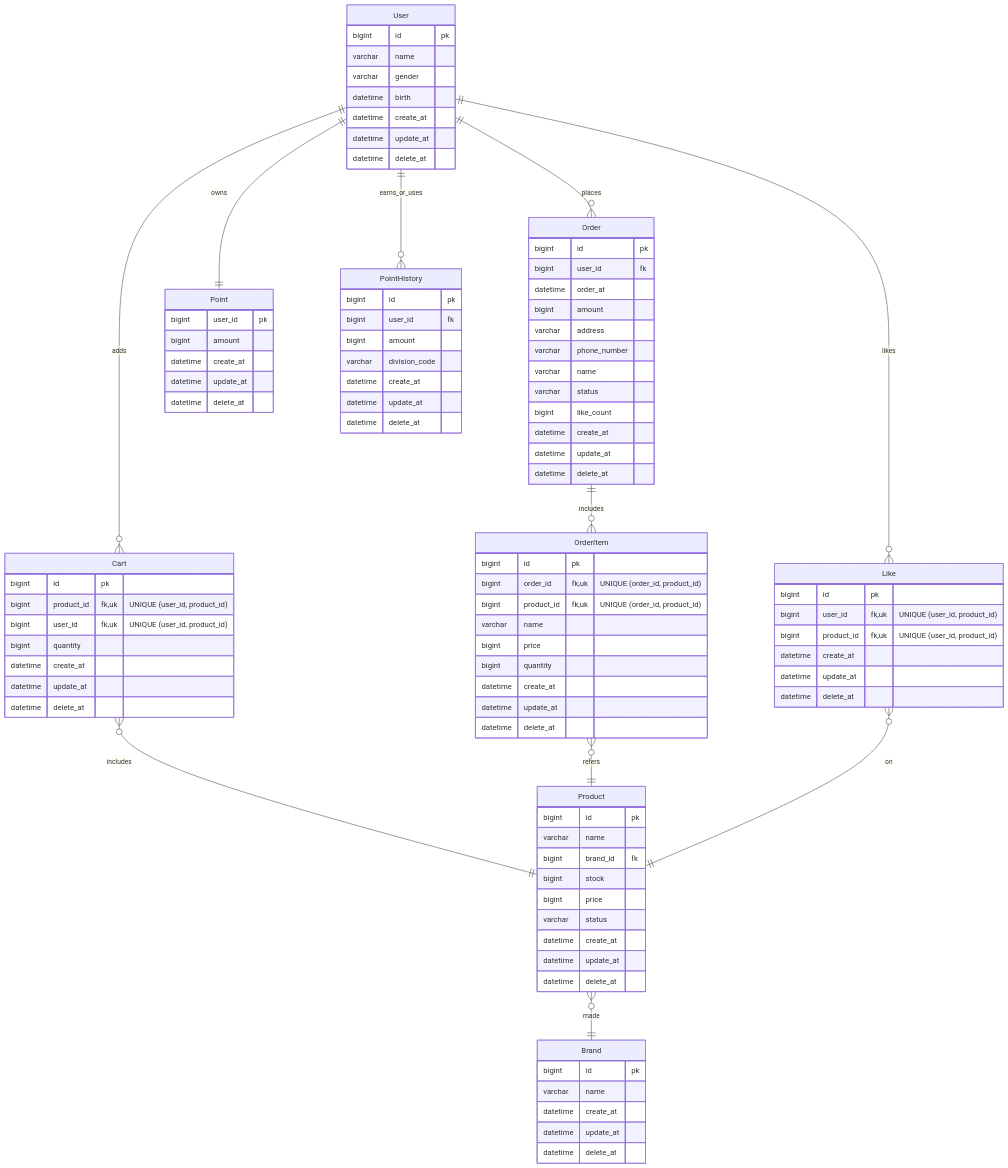
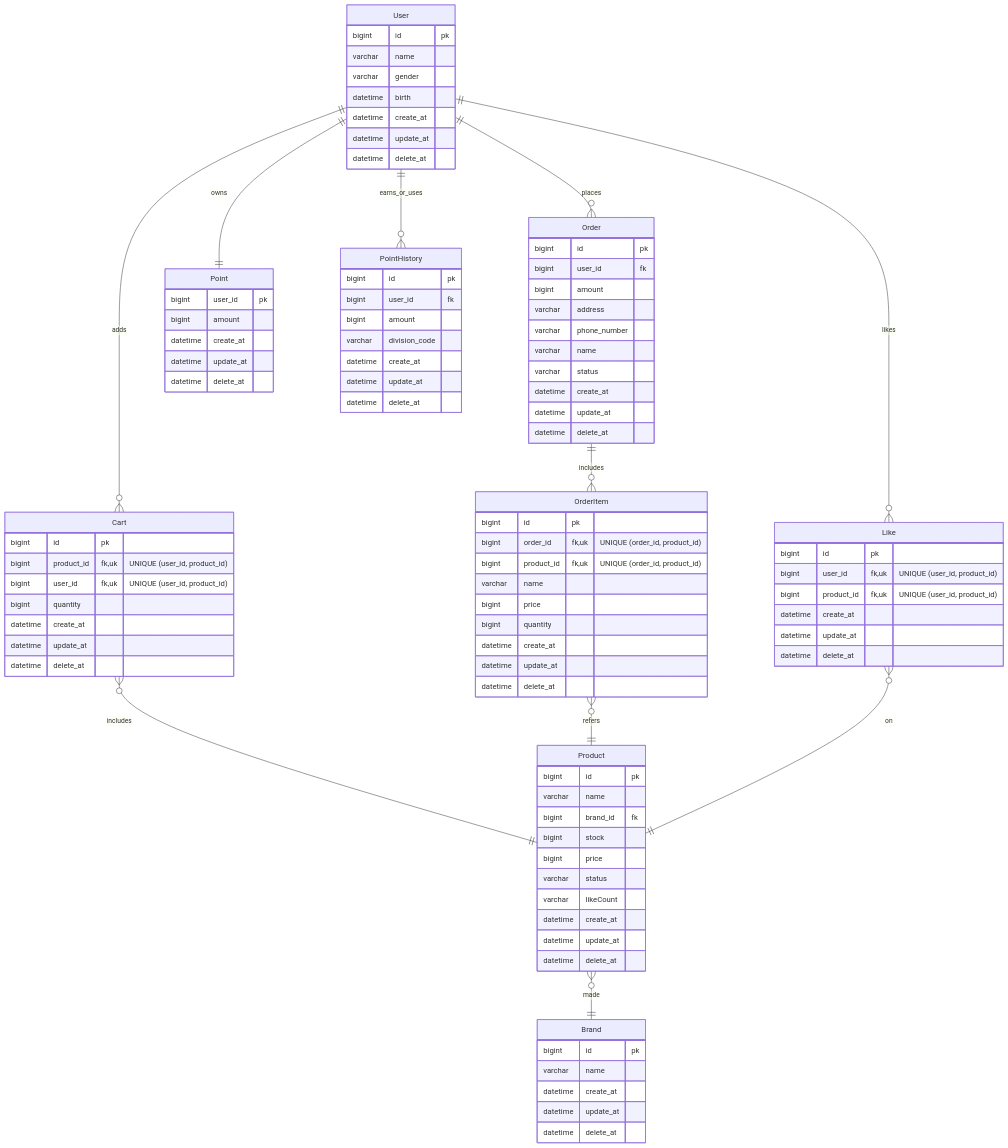
Before and after one commit to simbokyung98/loopers-ecommerce-system: the diagram in docs/design/04-erd.md, drawn with Mermaid.

Commit message:
docs : erd likeCount 위치 상품으로 수정

```diff
--- a/docs/design/04-erd.md
+++ b/docs/design/04-erd.md
@@ -16,6 +16,7 @@
     bigint stock
     bigint price
     varchar status
+    varchar likeCount
     datetime create_at
     datetime update_at
     datetime delete_at
@@ -33,13 +34,11 @@
     Order{
     bigint id pk
     bigint user_id fk
-    datetime order_at
     bigint amount
     varchar address
     varchar phone_number
     varchar name
     varchar status
-    bigint like_count
     datetime create_at
     datetime update_at
     datetime delete_at
```
